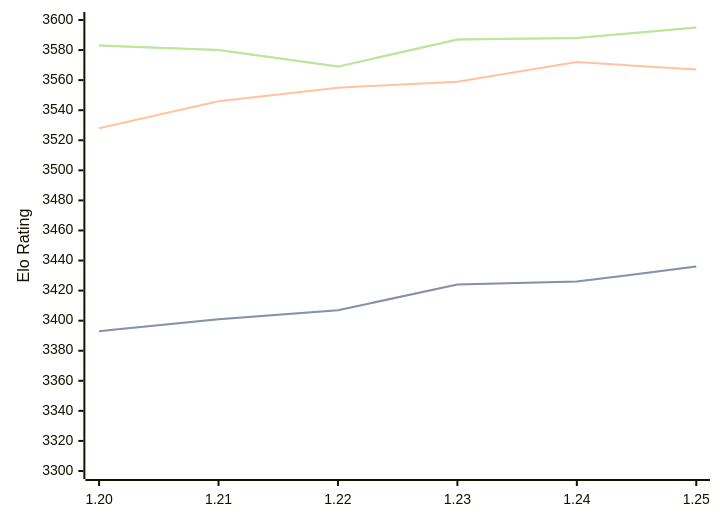
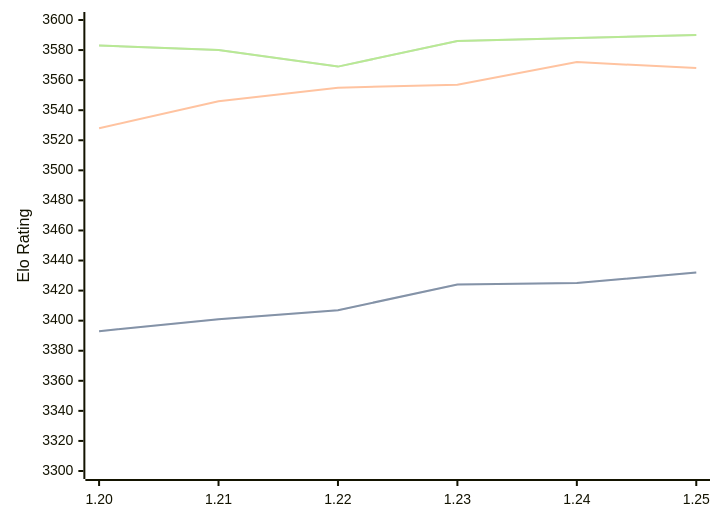
One commit to computer-chess-index/cci changed the diagram in engines/Caissa.md. Above: the diagram before and after it, drawn with Mermaid. The commit also changed other lines of this file, not shown here.

Commit message:
Update CCI Ratings (ELO VLTC) - 2026-04-21

````diff
--- a/engines/Caissa.md
+++ b/engines/Caissa.md
@@ -65,11 +65,11 @@
 ```mermaid
 %%{init: {"theme":"base","themeVariables":{"seriesColors:['#a3a3a3','#222221','#faa371']}}}%%
 xychart-beta
   x-axis ["1.20", "1.21", "1.22", "1.23", "1.24", "1.25"]
   y-axis "Elo Rating" 3300 --> 3600
-  line "STC (8.0+0.08s)" [3393, 3401, 3407, 3424, 3426, 3436]
-  line "STC (8.0+0.08s)" [3393, 3401, 3407, 3424, 3426, 3436]
-  line "LTC (60.0+0.60s)" [3528, 3546, 3555, 3559, 3572, 3567]
-  line "VLTC (2m24s+1.12s)" [3583, 3580, 3569, 3587, 3588, 3595]
-  line "VLTC (2m24s+1.12s)" [3583, 3580, 3569, 3587, 3588, 3595]
+  line "STC (8.0+0.08s)" [3393, 3401, 3407, 3424, 3425, 3432]
+  line "STC (8.0+0.08s)" [3393, 3401, 3407, 3424, 3425, 3432]
+  line "LTC (60.0+0.60s)" [3528, 3546, 3555, 3557, 3572, 3568]
+  line "VLTC (2m24s+1.12s)" [3583, 3580, 3569, 3586, 3588, 3590]
+  line "VLTC (2m24s+1.12s)" [3583, 3580, 3569, 3586, 3588, 3590]
 ```
````
